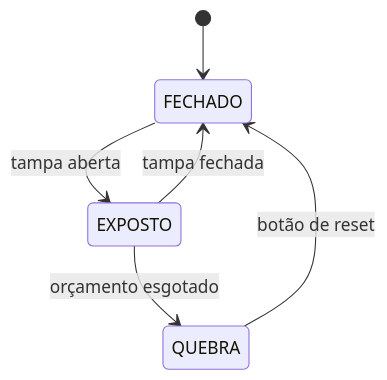
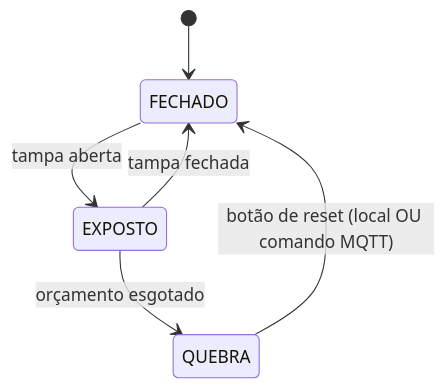
One commit to VictorKunzz/sentinela-cadeia-fria changed the second of 2 diagrams in README.md. Above: the diagram before and after it, drawn with Mermaid. The commit also changed other lines of this file and 4 other files, not shown here.

````diff
--- a/README.md
+++ b/README.md
@@ -112,8 +157,8 @@
 ```mermaid
 stateDiagram-v2
     [*] --> FECHADO
     FECHADO --> EXPOSTO: tampa aberta
     EXPOSTO --> FECHADO: tampa fechada
     EXPOSTO --> QUEBRA: orçamento esgotado
-    QUEBRA --> FECHADO: botão de reset
+    QUEBRA --> FECHADO: botão de reset (local OU comando MQTT)
 ```
````
